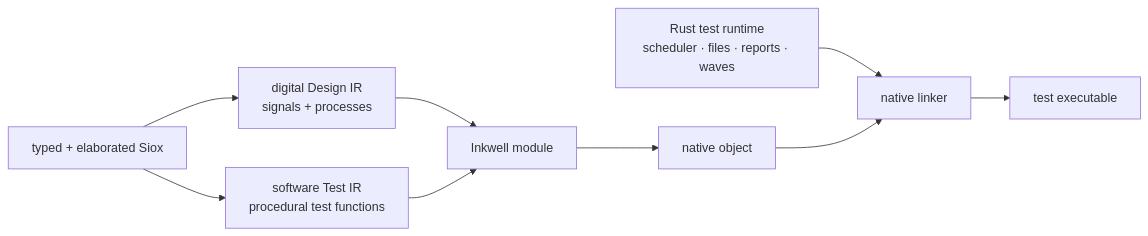
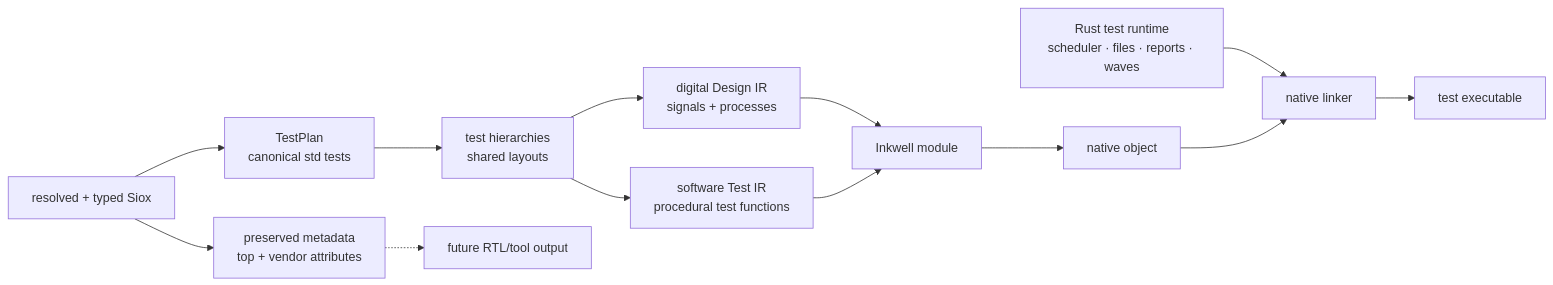
One commit to Siox-lang/sioxc changed the diagram in docs/proposals/testbench-software-ir.md. Above: the diagram before and after it, drawn with Mermaid. The commit also changed other lines of this file and 2 other files, not shown here.

First line of the commit message:
docs: streamline native test migration

````diff
--- a/docs/proposals/testbench-software-ir.md
+++ b/docs/proposals/testbench-software-ir.md
@@ -28,11 +60,15 @@
 ```mermaid
 flowchart LR
-    SOURCE["typed + elaborated Siox"]
-    SOURCE --> DESIGN["digital Design IR<br/>signals + processes"]
-    SOURCE --> TESTIR["software Test IR<br/>procedural test functions"]
+    SOURCE["resolved + typed Siox"]
+    SOURCE --> TESTPLAN["TestPlan<br/>canonical std tests"]
+    SOURCE --> META["preserved metadata<br/>top + vendor attributes"]
+    TESTPLAN --> ELAB["test hierarchies<br/>shared layouts"]
+    ELAB --> DESIGN["digital Design IR<br/>signals + processes"]
+    ELAB --> TESTIR["software Test IR<br/>procedural test functions"]
     DESIGN --> LLVM["Inkwell module"]
     TESTIR --> LLVM
     RUNTIME["Rust test runtime<br/>scheduler · files · reports · waves"] --> LINK["native linker"]
     LLVM --> OBJECT["native object"] --> LINK
     LINK --> EXE["test executable"]
+    META -.-> OUTPUT["future RTL/tool output"]
 ```
````
